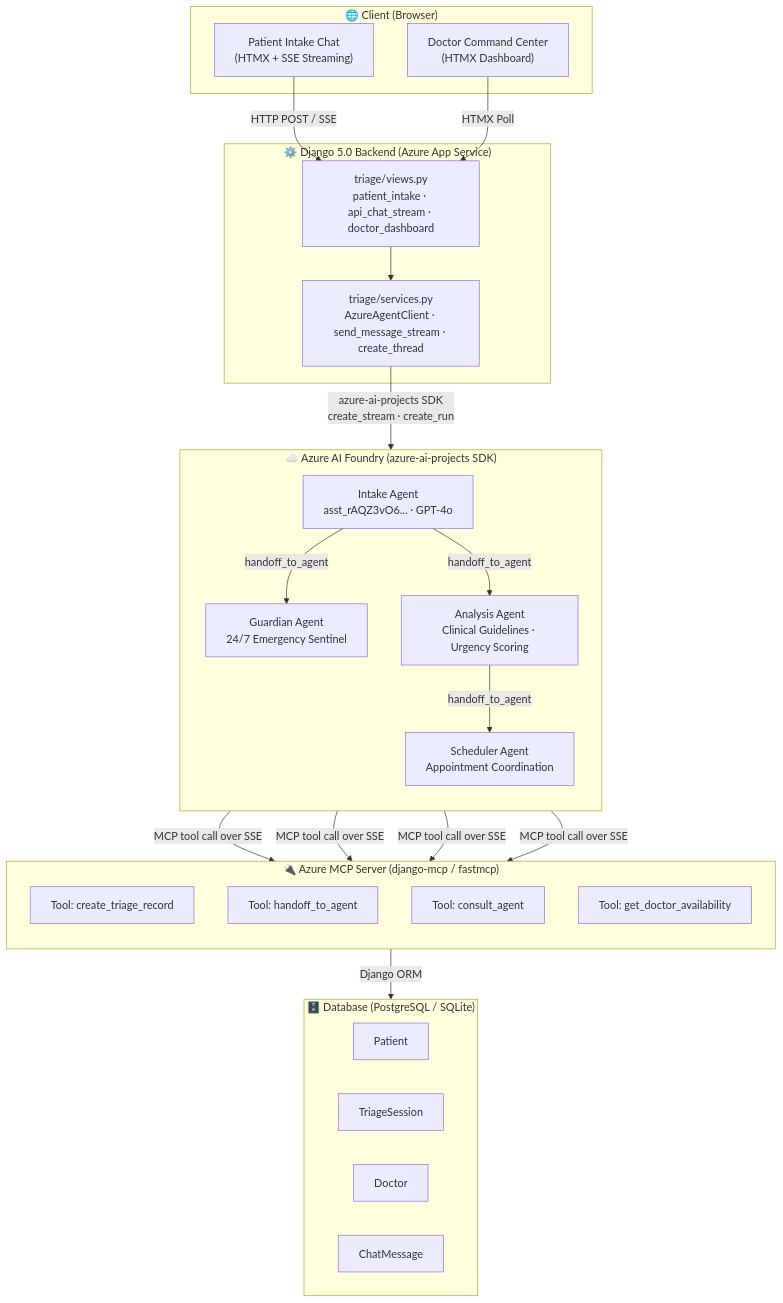
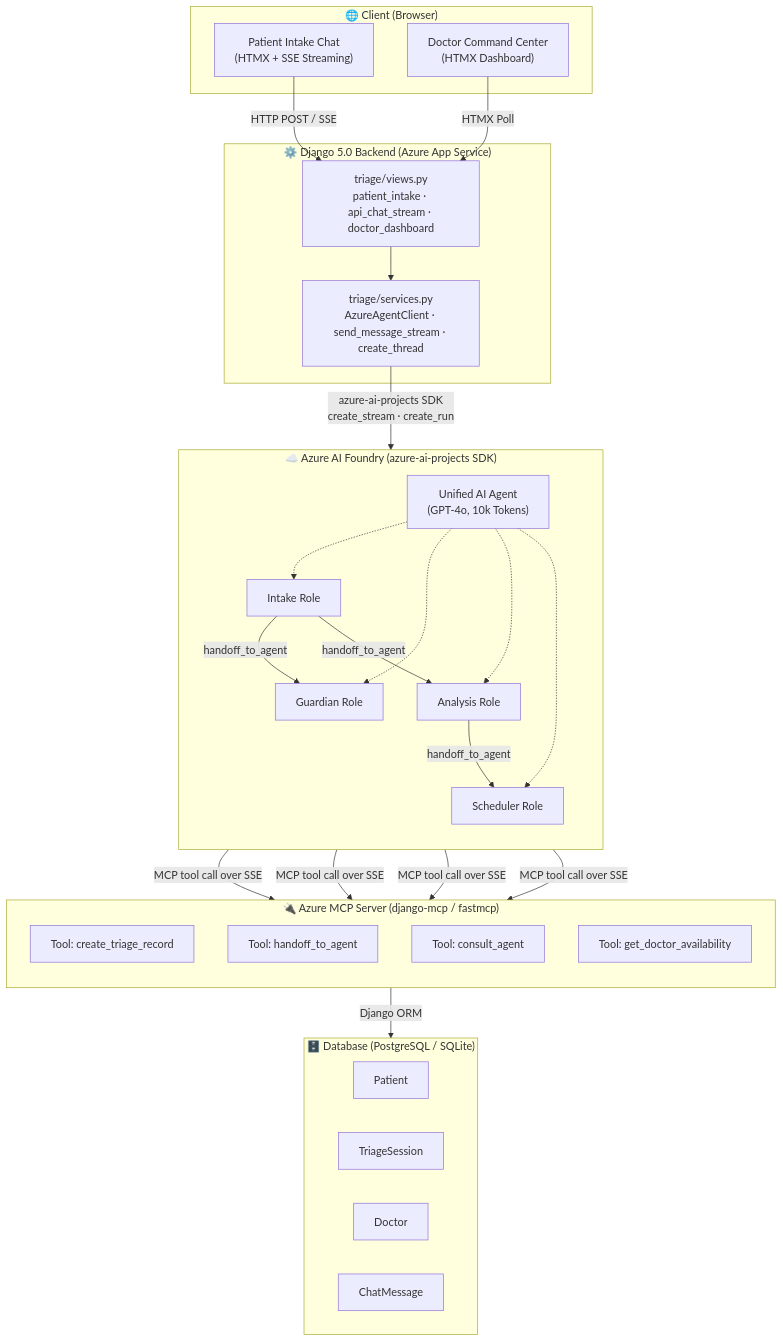
One commit to ayubsoft254/UzimaMesh changed the diagram in README.md. Above: the diagram before and after it, drawn with Mermaid. The commit also changed other lines of this file, not shown here.

Commit message:
docs: update README with Single Agent architecture and token expansion

````diff
--- a/README.md
+++ b/README.md
@@ -54,51 +54,56 @@
 ```mermaid
 flowchart TD
     subgraph Client["🌐 Client (Browser)"]
         UI["Patient Intake Chat\n(HTMX + SSE Streaming)"]
         DC["Doctor Command Center\n(HTMX Dashboard)"]
     end
 
     subgraph Django["⚙️ Django 5.0 Backend (Azure App Service)"]
         Views["triage/views.py\npatient_intake · api_chat_stream · doctor_dashboard"]
         Services["triage/services.py\nAzureAgentClient · send_message_stream · create_thread"]
     end
 
     subgraph MCP["🔌 Azure MCP Server (django-mcp / fastmcp)"]
         direction TB
         T1["Tool: create_triage_record"]
         T2["Tool: handoff_to_agent"]
         T3["Tool: consult_agent"]
         T4["Tool: get_doctor_availability"]
     end
 
     subgraph Foundry["☁️ Azure AI Foundry (azure-ai-projects SDK)"]
         direction TB
-        Intake["Intake Agent\nasst_rAQZ3vO6... · GPT-4o"]
-        Guardian["Guardian Agent\n24/7 Emergency Sentinel"]
-        Analysis["Analysis Agent\nClinical Guidelines · Urgency Scoring"]
-        Scheduler["Scheduler Agent\nAppointment Coordination"]
+        Agent["Unified AI Agent\n(GPT-4o, 10k Tokens)"]
+        Intake["Intake Role"]
+        Guardian["Guardian Role"]
+        Analysis["Analysis Role"]
+        Scheduler["Scheduler Role"]
+        Agent -.-> Intake
+        Agent -.-> Guardian
+        Agent -.-> Analysis
+        Agent -.-> Scheduler
     end
 
     subgraph DB["🗄️ Database (PostgreSQL / SQLite)"]
         M1["Patient"]
         M2["TriageSession"]
         M3["Doctor"]
         M4["ChatMessage"]
     end
 
     UI -->|"HTTP POST / SSE"| Views
     DC -->|"HTMX Poll"| Views
     Views --> Services
     Services -->|"azure-ai-projects SDK\ncreate_stream · create_run"| Foundry
 
     Intake -->|"MCP tool call over SSE"| MCP
     Guardian -->|"MCP tool call over SSE"| MCP
     Analysis -->|"MCP tool call over SSE"| MCP
     Scheduler -->|"MCP tool call over SSE"| MCP
 
     MCP -->|"Django ORM"| DB
 
     Intake -->|"handoff_to_agent"| Guardian
     Intake -->|"handoff_to_agent"| Analysis
     Analysis -->|"handoff_to_agent"| Scheduler
 ```
````
